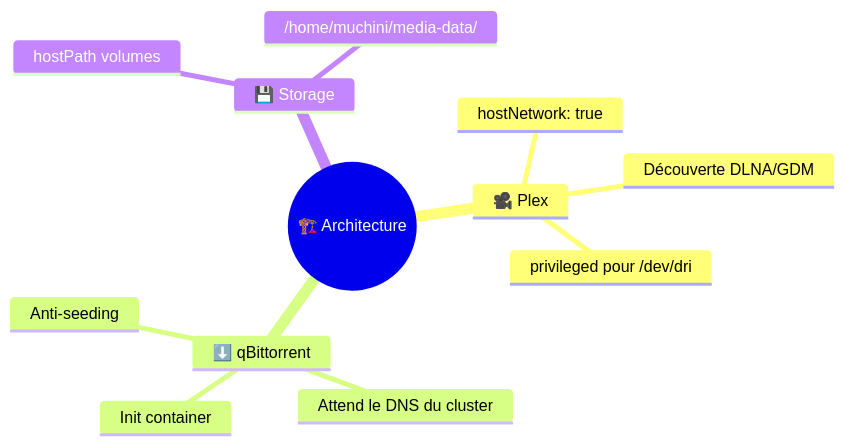
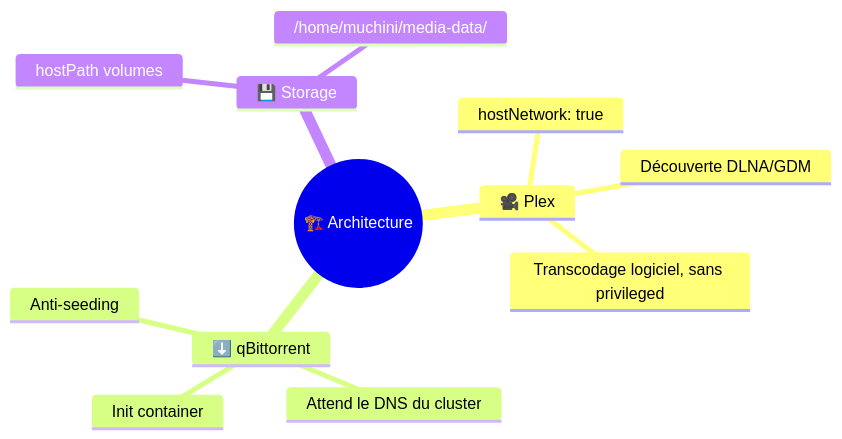
Before and after one commit to muchiny/media-stack-k8s: the second of 6 diagrams in CLAUDE.md, drawn with Mermaid. The commit also changed other lines of this file and 3 other files, not shown here.

````diff
--- a/CLAUDE.md
+++ b/CLAUDE.md
@@ -61,15 +61,15 @@
 ```mermaid
 mindmap
   root((🏗️ Architecture))
     🎥 Plex
       hostNetwork: true
       Découverte DLNA/GDM
-      privileged pour /dev/dri
+      Transcodage logiciel, sans privileged
     ⬇️ qBittorrent
       Init container
       Attend le DNS du cluster
       Anti-seeding
     💾 Storage
       hostPath volumes
       /home/muchini/media-data/
 ```
````
